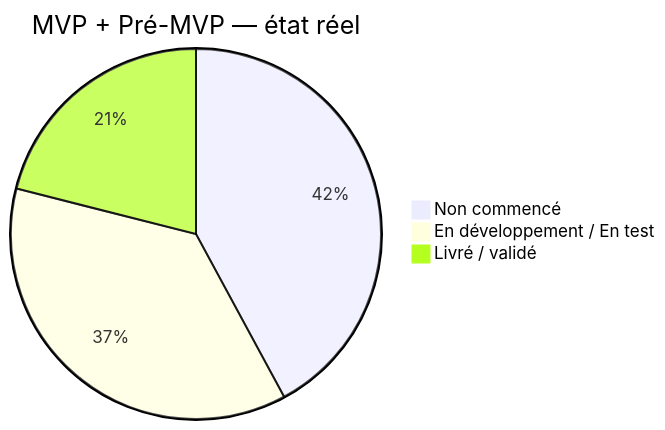
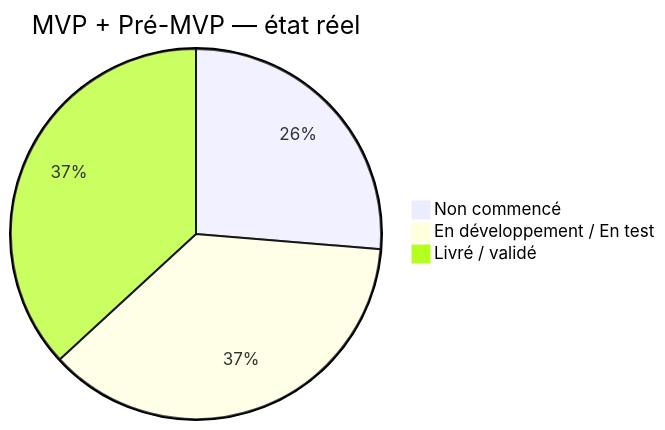
The first of 5 diagrams in docs/runtime/02_FEATURE_STATUS.md (JavaChrist/Tai-Chi-AI-Coach), drawn with Mermaid before and after one commit. The commit also changed other lines of this file and 38 other files, not shown here.

````diff
--- a/docs/runtime/02_FEATURE_STATUS.md
+++ b/docs/runtime/02_FEATURE_STATUS.md
@@ -125,6 +130,6 @@
 ```mermaid
 pie title MVP + Pré-MVP — état réel
-  "Non commencé" : 8
+  "Non commencé" : 5
   "En développement / En test" : 7
-  "Livré / validé" : 4
+  "Livré / validé" : 7
 ```
````
